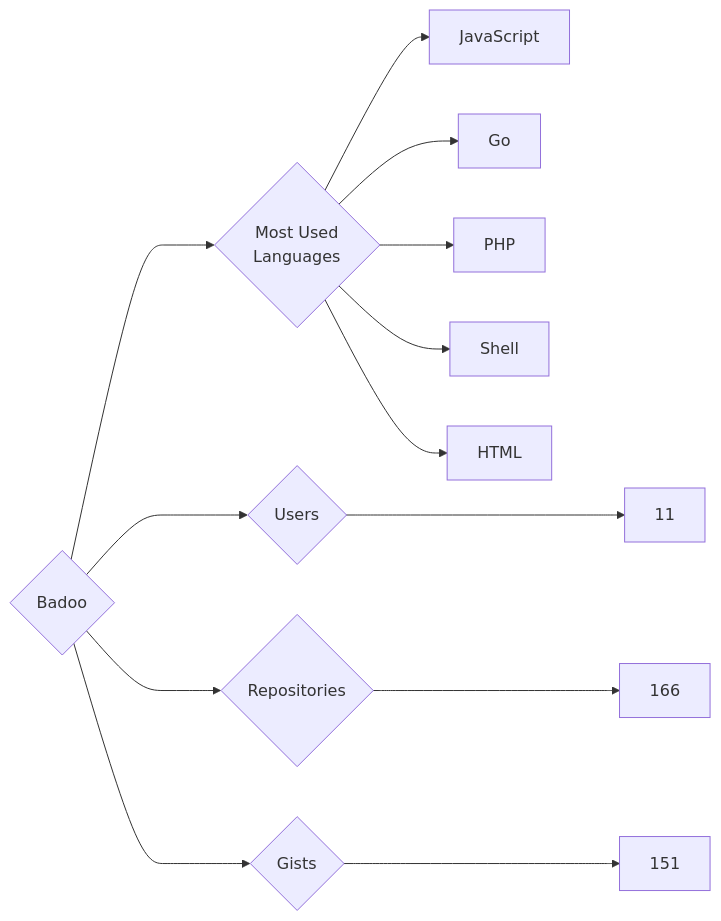
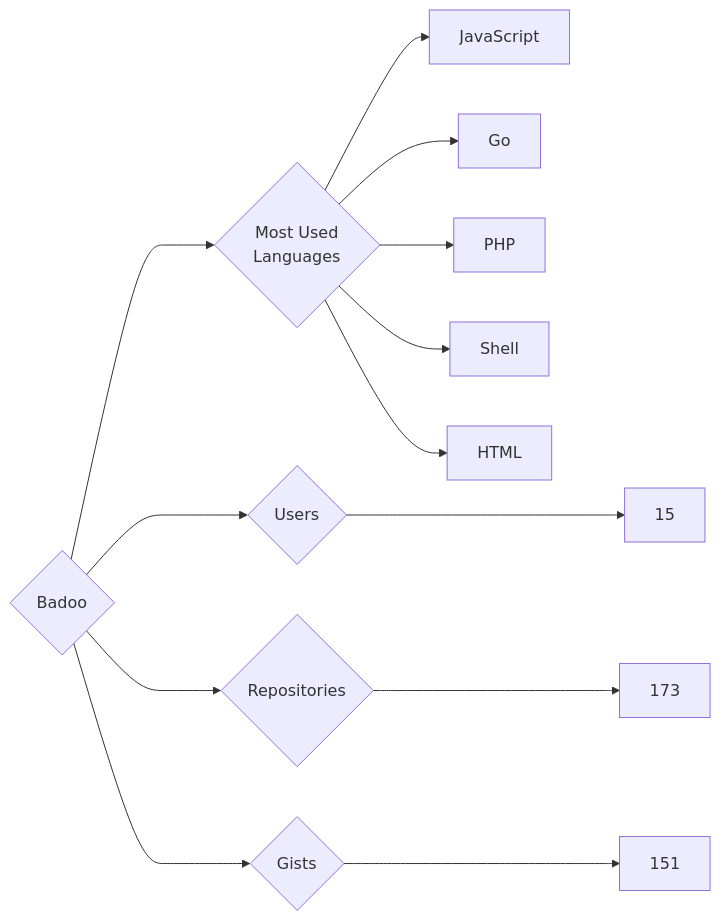
The diagram in targets/Badoo/README.md (trickest/insiders), drawn with Mermaid before and after one commit. The commit also changed 736 other files, not shown here.

````diff
--- a/targets/Badoo/README.md
+++ b/targets/Badoo/README.md
@@ -3,13 +3,13 @@
 ```mermaid
 graph LR
 COMPANY_NAME{Badoo}
-COMPANY_NAME ---> U{Users} ---> UN[11]
-COMPANY_NAME ---> R{Repositories} ---> RN[166]
+COMPANY_NAME ---> U{Users} ---> UN[15]
+COMPANY_NAME ---> R{Repositories} ---> RN[173]
 COMPANY_NAME ---> G{Gists} ---> GN[151]
 COMPANY_NAME ---> ML{Most Used<br>Languages}
 ML --> JavaScript[JavaScript]
 ML --> Go[Go]
 ML --> PHP[PHP]
 ML --> Shell[Shell]
 ML --> HTML[HTML]
 ```
````
